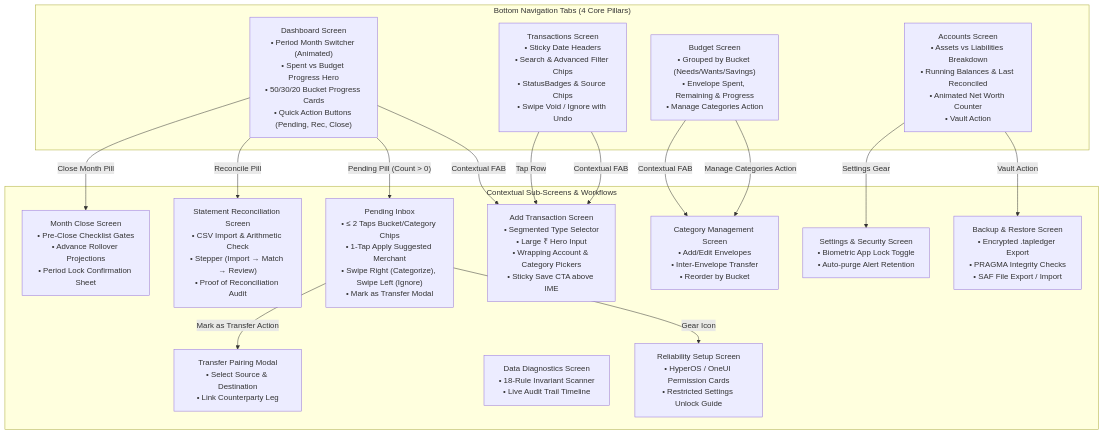
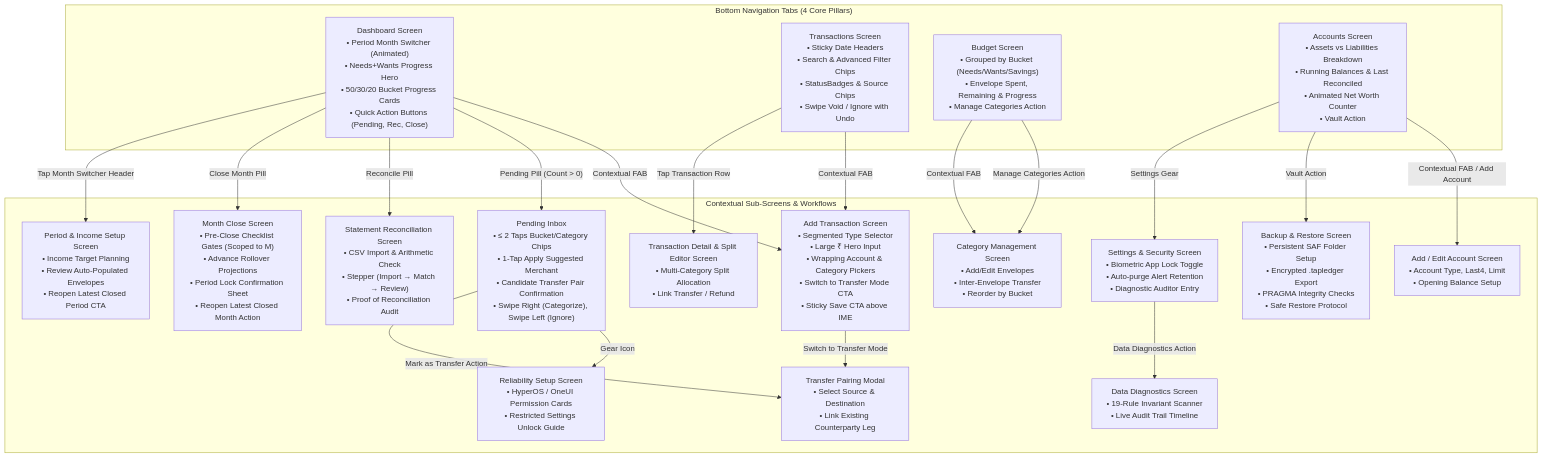
Before and after one commit to Ganesh1110/Tap_Ledger: the seventh of 7 diagrams in Flow.md, drawn with Mermaid. The commit also changed other lines of this file, not shown here.

````diff
--- a/Flow.md
+++ b/Flow.md
@@ -577,39 +673,48 @@
 ```mermaid
 flowchart TD
     subgraph BottomNav ["Bottom Navigation Tabs (4 Core Pillars)"]
-        S_Dash["Dashboard Screen\n• Period Month Switcher (Animated)\n• Spent vs Budget Progress Hero\n• 50/30/20 Bucket Progress Cards\n• Quick Action Buttons (Pending, Rec, Close)"]
+        S_Dash["Dashboard Screen\n• Period Month Switcher (Animated)\n• Needs+Wants Progress Hero\n• 50/30/20 Bucket Progress Cards\n• Quick Action Buttons (Pending, Rec, Close)"]
         S_Tx["Transactions Screen\n• Sticky Date Headers\n• Search & Advanced Filter Chips\n• StatusBadges & Source Chips\n• Swipe Void / Ignore with Undo"]
         S_Budget["Budget Screen\n• Grouped by Bucket (Needs/Wants/Savings)\n• Envelope Spent, Remaining & Progress\n• Manage Categories Action"]
         S_Acct["Accounts Screen\n• Assets vs Liabilities Breakdown\n• Running Balances & Last Reconciled\n• Animated Net Worth Counter\n• Vault Action"]
     end
 
     subgraph ModalsAndWorkflows ["Contextual Sub-Screens & Workflows"]
-        S_Manual["Add Transaction Screen\n• Segmented Type Selector\n• Large ₹ Hero Input\n• Wrapping Account & Category Pickers\n• Sticky Save CTA above IME"]
-        S_Inbox["Pending Inbox\n• ≤ 2 Taps Bucket/Category Chips\n• 1-Tap Apply Suggested Merchant\n• Swipe Right (Categorize), Swipe Left (Ignore)\n• Mark as Transfer Modal"]
-        S_Transfer["Transfer Pairing Modal\n• Select Source & Destination\n• Link Counterparty Leg"]
+        S_Manual["Add Transaction Screen\n• Segmented Type Selector\n• Large ₹ Hero Input\n• Wrapping Account & Category Pickers\n• Switch to Transfer Mode CTA\n• Sticky Save CTA above IME"]
+        S_TxDetail["Transaction Detail & Split Editor Screen\n• Multi-Category Split Allocation\n• Link Transfer / Refund"]
+        S_Inbox["Pending Inbox\n• ≤ 2 Taps Bucket/Category Chips\n• 1-Tap Apply Suggested Merchant\n• Candidate Transfer Pair Confirmation\n• Swipe Right (Categorize), Swipe Left (Ignore)"]
+        S_Transfer["Transfer Pairing Modal\n• Select Source & Destination\n• Link Existing Counterparty Leg"]
         S_CatMgmt["Category Management Screen\n• Add/Edit Envelopes\n• Inter-Envelope Transfer\n• Reorder by Bucket"]
+        S_AcctEdit["Add / Edit Account Screen\n• Account Type, Last4, Limit\n• Opening Balance Setup"]
+        S_PeriodSetup["Period & Income Setup Screen\n• Income Target Planning\n• Review Auto-Populated Envelopes\n• Reopen Latest Closed Period CTA"]
         S_Stmt["Statement Reconciliation Screen\n• CSV Import & Arithmetic Check\n• Stepper (Import → Match → Review)\n• Proof of Reconciliation Audit"]
-        S_Close["Month Close Screen\n• Pre-Close Checklist Gates\n• Advance Rollover Projections\n• Period Lock Confirmation Sheet"]
-        S_Diag["Data Diagnostics Screen\n• 18-Rule Invariant Scanner\n• Live Audit Trail Timeline"]
-        S_Backup["Backup & Restore Screen\n• Encrypted .tapledger Export\n• PRAGMA Integrity Checks\n• SAF File Export / Import"]
+        S_Close["Month Close Screen\n• Pre-Close Checklist Gates (Scoped to M)\n• Advance Rollover Projections\n• Period Lock Confirmation Sheet\n• Reopen Latest Closed Month Action"]
+        S_Diag["Data Diagnostics Screen\n• 19-Rule Invariant Scanner\n• Live Audit Trail Timeline"]
+        S_Backup["Backup & Restore Screen\n• Persistent SAF Folder Setup\n• Encrypted .tapledger Export\n• PRAGMA Integrity Checks\n• Safe Restore Protocol"]
         S_Setup["Reliability Setup Screen\n• HyperOS / OneUI Permission Cards\n• Restricted Settings Unlock Guide"]
-        S_Settings["Settings & Security Screen\n• Biometric App Lock Toggle\n• Auto-purge Alert Retention"]
+        S_Settings["Settings & Security Screen\n• Biometric App Lock Toggle\n• Auto-purge Alert Retention\n• Diagnostic Auditor Entry"]
     end
 
     S_Dash -->|"Contextual FAB"| S_Manual
     S_Dash -->|"Pending Pill (Count > 0)"| S_Inbox
     S_Dash -->|"Reconcile Pill"| S_Stmt
     S_Dash -->|"Close Month Pill"| S_Close
+    S_Dash -->|"Tap Month Switcher Header"| S_PeriodSetup
 
     S_Tx -->|"Contextual FAB"| S_Manual
-    S_Tx -->|"Tap Row"| S_Manual
+    S_Tx -->|"Tap Transaction Row"| S_TxDetail
 
     S_Budget -->|"Manage Categories Action"| S_CatMgmt
     S_Budget -->|"Contextual FAB"| S_CatMgmt
 
+    S_Acct -->|"Contextual FAB / Add Account"| S_AcctEdit
     S_Acct -->|"Vault Action"| S_Backup
     S_Acct -->|"Settings Gear"| S_Settings
 
+    S_Manual -->|"Switch to Transfer Mode"| S_Transfer
+
     S_Inbox -->|"Gear Icon"| S_Setup
     S_Inbox -->|"Mark as Transfer Action"| S_Transfer
+
+    S_Settings -->|"Data Diagnostics Action"| S_Diag
 ```
````
